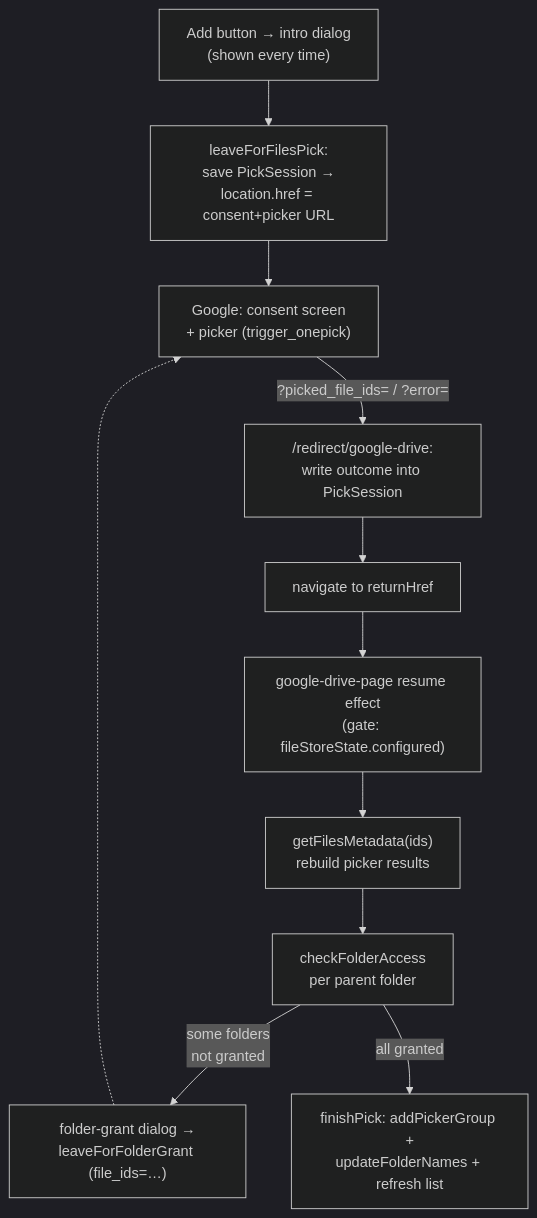
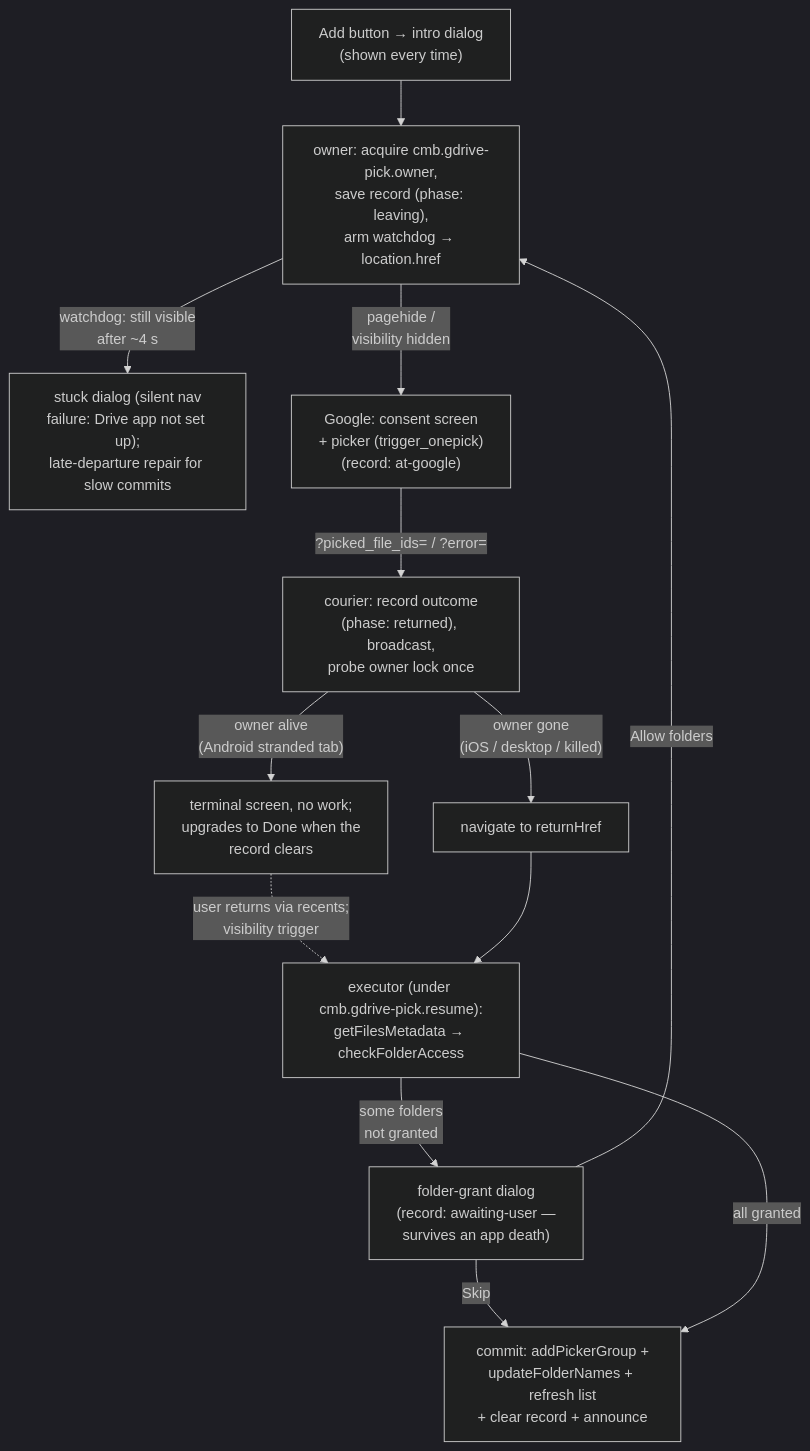
The third of 3 diagrams in docs/architecture.md (ContentsViewer/cloud-music-box), drawn with Mermaid (dark theme) before and after one commit. The commit also changed other lines of this file, not shown here.

First line of the commit message:
docs: describe the picker round trip ownership contract

````diff
--- a/docs/architecture.md
+++ b/docs/architecture.md
@@ -304,13 +344,15 @@
 ```mermaid
 flowchart TD
-  Add["Add button → intro dialog<br/>(shown every time)"] --> Leave["leaveForFilesPick:<br/>save PickSession →<br/>location.href = consent+picker URL"]
-  Leave --> Google["Google: consent screen<br/>+ picker (trigger_onepick)"]
-  Google -- "?picked_file_ids= / ?error=" --> Redirect["/redirect/google-drive:<br/>write outcome into PickSession"]
-  Redirect --> Return["navigate to returnHref"]
-  Return --> Resume["google-drive-page resume effect<br/>(gate: fileStoreState.configured)"]
-  Resume --> Meta["getFilesMetadata(ids)<br/>rebuild picker results"]
-  Meta --> Check["checkFolderAccess<br/>per parent folder"]
-  Check -- "some folders<br/>not granted" --> Grant["folder-grant dialog →<br/>leaveForFolderGrant (file_ids=…)"]
-  Grant -.-> Google
-  Check -- "all granted" --> Finish["finishPick: addPickerGroup +<br/>updateFolderNames + refresh list"]
+  Add["Add button → intro dialog<br/>(shown every time)"] --> Leave["owner: acquire cmb.gdrive-pick.owner,<br/>save record (phase: leaving),<br/>arm watchdog → location.href"]
+  Leave -- "watchdog: still visible<br/>after ~4 s" --> Stuck["stuck dialog (silent nav<br/>failure: Drive app not set up);<br/>late-departure repair for slow commits"]
+  Leave -- "pagehide /<br/>visibility hidden" --> Google["Google: consent screen<br/>+ picker (trigger_onepick)<br/>(record: at-google)"]
+  Google -- "?picked_file_ids= / ?error=" --> Courier["courier: record outcome<br/>(phase: returned), broadcast,<br/>probe owner lock once"]
+  Courier -- "owner alive<br/>(Android stranded tab)" --> Park["terminal screen, no work;<br/>upgrades to Done when the<br/>record clears"]
+  Courier -- "owner gone<br/>(iOS / desktop / killed)" --> Return["navigate to returnHref"]
+  Park -. "user returns via recents;<br/>visibility trigger" .-> Exec
+  Return --> Exec["executor (under cmb.gdrive-pick.resume):<br/>getFilesMetadata → checkFolderAccess"]
+  Exec -- "some folders<br/>not granted" --> GrantDlg["folder-grant dialog<br/>(record: awaiting-user —<br/>survives an app death)"]
+  GrantDlg -- "Allow folders" --> Leave
+  GrantDlg -- "Skip" --> Finish
+  Exec -- "all granted" --> Finish["commit: addPickerGroup +<br/>updateFolderNames + refresh list<br/>+ clear record + announce"]
 ```
````
